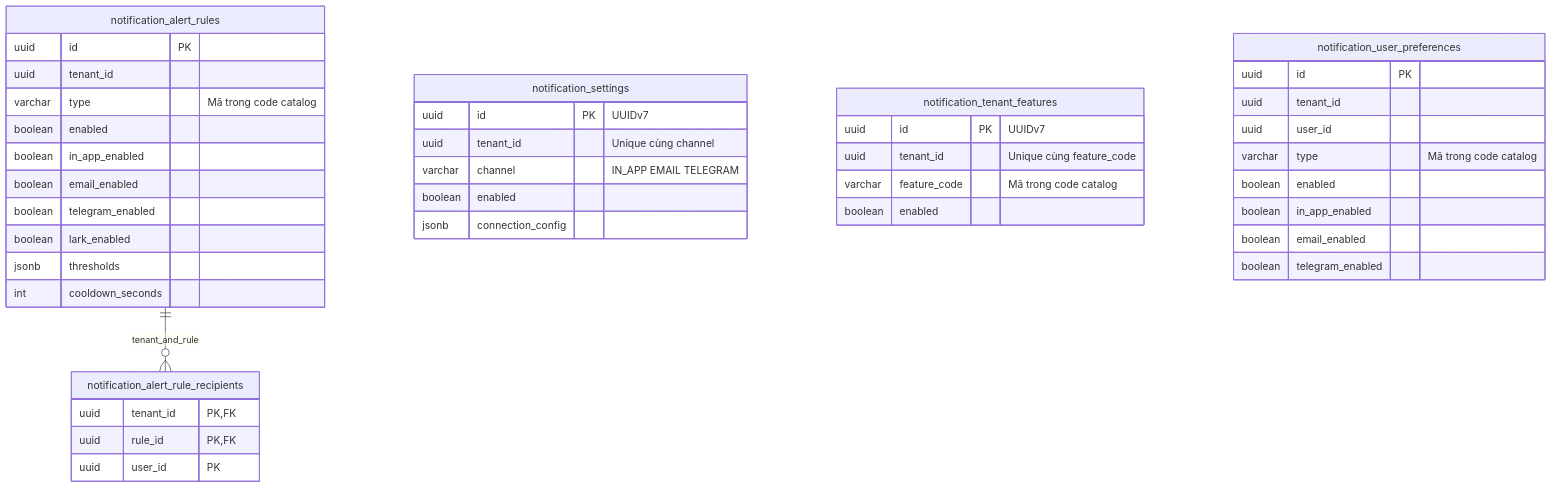
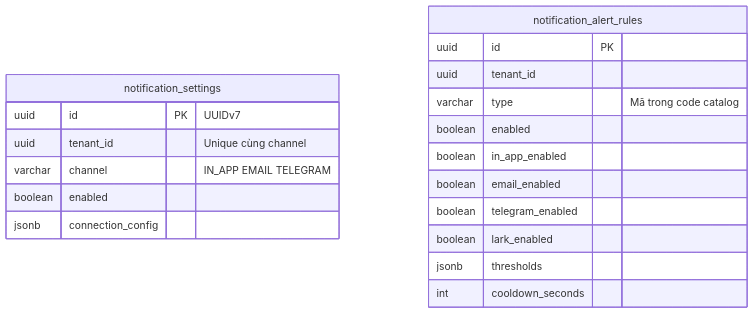
One commit to NDQuynh259/vishop-platform changed the first of 2 diagrams in services/notification-service/docs/database-design.md. Above: the diagram before and after it, drawn with Mermaid. The commit also changed other lines of this file and 89 other files, not shown here.

````diff
--- a/services/notification-service/docs/database-design.md
+++ b/services/notification-service/docs/database-design.md
@@ -18,45 +18,22 @@
 ```mermaid
 erDiagram
-    notification_alert_rules ||--o{ notification_alert_rule_recipients : tenant_and_rule
-
     notification_settings {
         uuid id PK "UUIDv7"
         uuid tenant_id "Unique cùng channel"
         varchar channel "IN_APP EMAIL TELEGRAM"
         boolean enabled
         jsonb connection_config
-    }
-    notification_tenant_features {
-        uuid id PK "UUIDv7"
-        uuid tenant_id "Unique cùng feature_code"
-        varchar feature_code "Mã trong code catalog"
-        boolean enabled
     }
     notification_alert_rules {
         uuid id PK
         uuid tenant_id
         varchar type "Mã trong code catalog"
         boolean enabled
         boolean in_app_enabled
         boolean email_enabled
         boolean telegram_enabled
         boolean lark_enabled
         jsonb thresholds
         int cooldown_seconds
     }
-    notification_alert_rule_recipients {
-        uuid tenant_id PK,FK
-        uuid rule_id PK,FK
-        uuid user_id PK
-    }
-    notification_user_preferences {
-        uuid id PK
-        uuid tenant_id
-        uuid user_id
-        varchar type "Mã trong code catalog"
-        boolean enabled
-        boolean in_app_enabled
-        boolean email_enabled
-        boolean telegram_enabled
-    }
 ```
````
